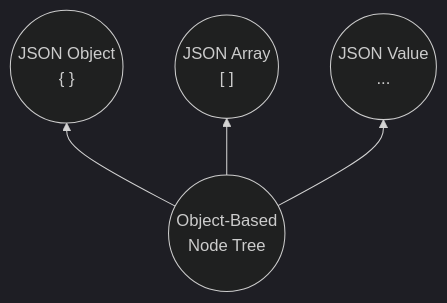
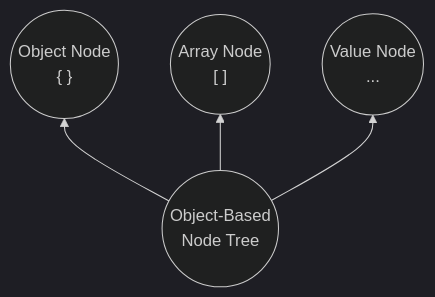
The diagram in README.md (sjf4j-projects/sjf4j), drawn with Mermaid (dark theme) before and after one commit. The commit also changed 80 other files, not shown here.

````diff
--- a/README.md
+++ b/README.md
@@ -239,7 +239,7 @@
 ```mermaid
 graph BT
   node(("Object-Based <br/> Node Tree"))
-  node --> object(("JSON Object <br/> { }"))
-  node --> array(("JSON Array <br/> [ ]"))
-  node --> value(("JSON Value <br/> ..."))
+  node --> object(("Object Node<br/> { }"))
+  node --> array(("Array Node<br/> [ ]"))
+  node --> value(("Value Node<br/> ..."))
 ```
````
